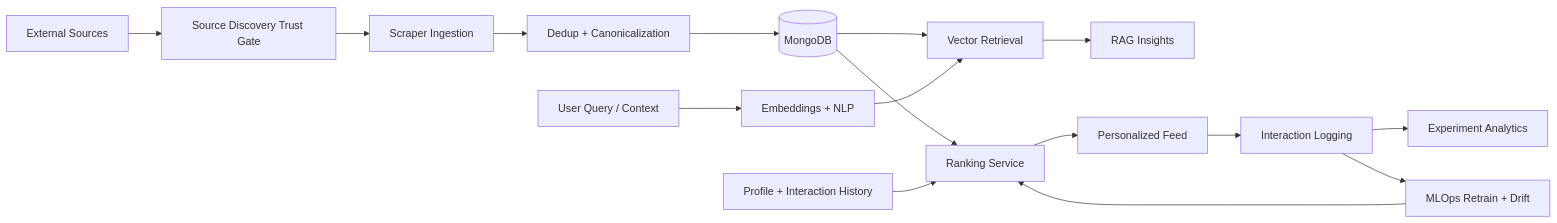
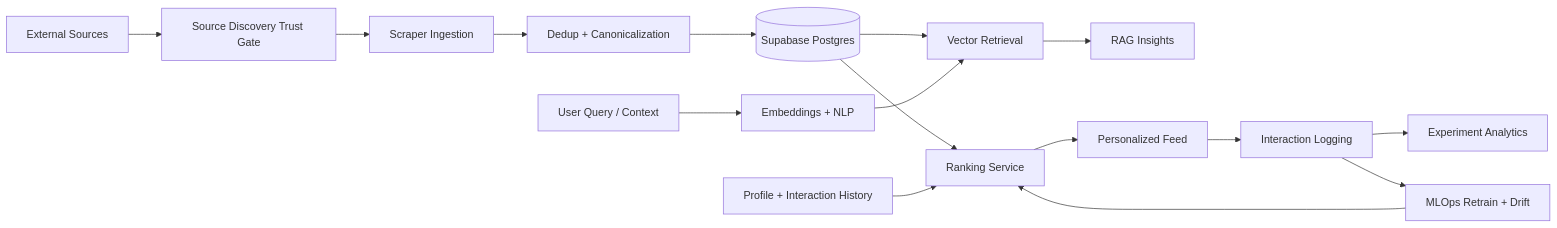
One commit to ankan00V/Ivy-League-Portal changed the diagram in README.md. Above: the diagram before and after it, drawn with Mermaid. The commit also changed other lines of this file and 2 other files, not shown here.

First line of the commit message:
docs(db): Supabase is the database; stop snapshotting the retired Mongo

````diff
--- a/README.md
+++ b/README.md
@@ -34,21 +34,21 @@
 ```mermaid
 flowchart LR
     A["External Sources"] --> A1["Source Discovery Trust Gate"]
     A1 --> B["Scraper Ingestion"]
     B --> C["Dedup + Canonicalization"]
-    C --> D[("MongoDB")]
+    C --> D[("Supabase Postgres")]
 
     U["User Query / Context"] --> E["Embeddings + NLP"]
     D --> F["Vector Retrieval"]
     E --> F
     F --> G["RAG Insights"]
 
     D --> H["Ranking Service"]
     I["Profile + Interaction History"] --> H
     H --> J["Personalized Feed"]
 
     J --> K["Interaction Logging"]
     K --> L["Experiment Analytics"]
     K --> M["MLOps Retrain + Drift"]
     M --> H
 ```
````
